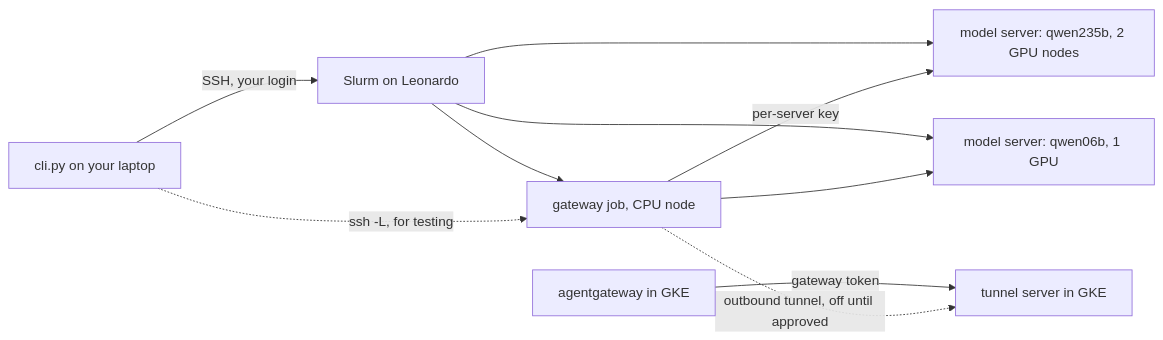
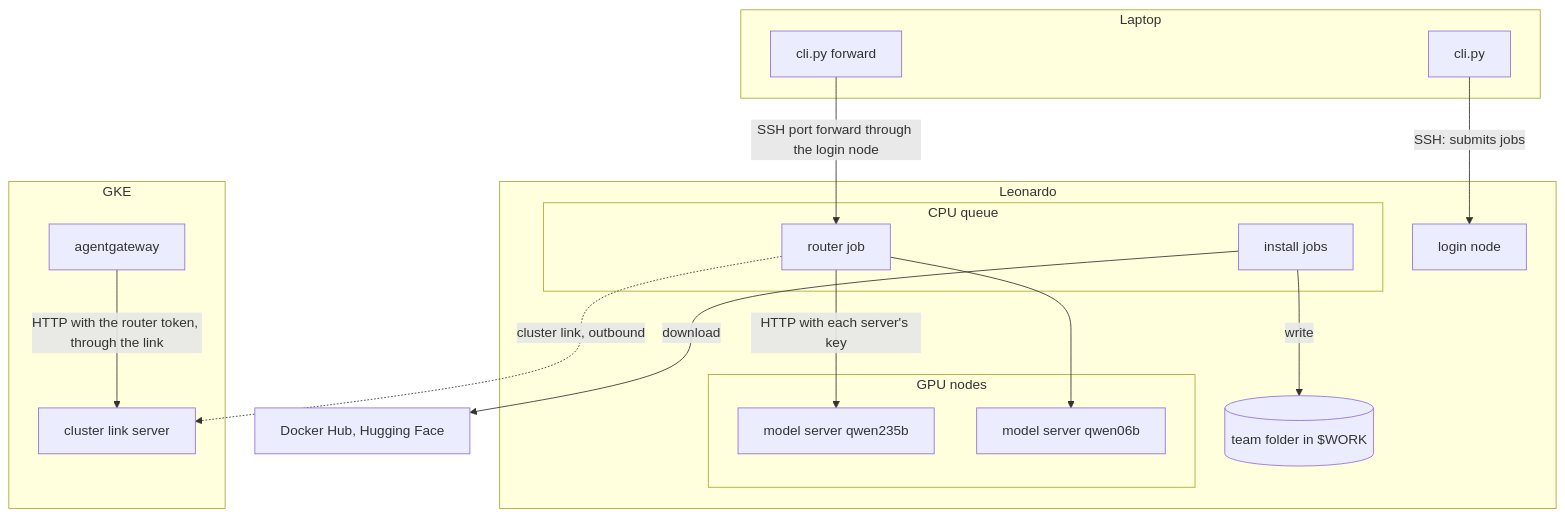
The diagram in leonardo/README.md (0KayKay/european-ai-hackathon-2026), drawn with Mermaid before and after one commit. The commit also changed other lines of this file and 30 other files, not shown here.

First line of the commit message:
Drive Leonardo setup from the laptop and clarify the README

````diff
--- a/leonardo/README.md
+++ b/leonardo/README.md
@@ -41,12 +43,32 @@
 ```mermaid
-flowchart LR
-  L[cli.py on your laptop] -- "SSH, your login" --> J[Slurm on Leonardo]
-  J --> M1[model server: qwen235b, 2 GPU nodes]
-  J --> M2[model server: qwen06b, 1 GPU]
-  J --> G[gateway job, CPU node]
-  G -- "per-server key" --> M1
-  G --> M2
-  L -. "ssh -L, for testing" .-> G
-  A[agentgateway in GKE] -- "gateway token" --> T[tunnel server in GKE]
-  G -. "outbound tunnel, off until approved" .-> T
+flowchart TB
+  subgraph Laptop
+    CLI[cli.py]
+    FWD[cli.py forward]
+  end
+  subgraph Leonardo
+    LOGIN[login node]
+    subgraph CPU["CPU queue"]
+      INSTALL[install jobs]
+      ROUTER[router job]
+    end
+    subgraph GPU["GPU nodes"]
+      M1[model server qwen235b]
+      M2[model server qwen06b]
+    end
+    BASE[(team folder in $WORK)]
+  end
+  subgraph GKE
+    AGW[agentgateway]
+    LINK[cluster link server]
+  end
+  NET[Docker Hub, Hugging Face]
+  CLI -- "SSH: submits jobs" --> LOGIN
+  FWD -- "SSH port forward through the login node" --> ROUTER
+  INSTALL -- "download" --> NET
+  INSTALL -- "write" --> BASE
+  ROUTER -- "HTTP with each server's key" --> M1
+  ROUTER --> M2
+  ROUTER -. "cluster link, outbound" .-> LINK
+  AGW -- "HTTP with the router token, through the link" --> LINK
 ```
````
